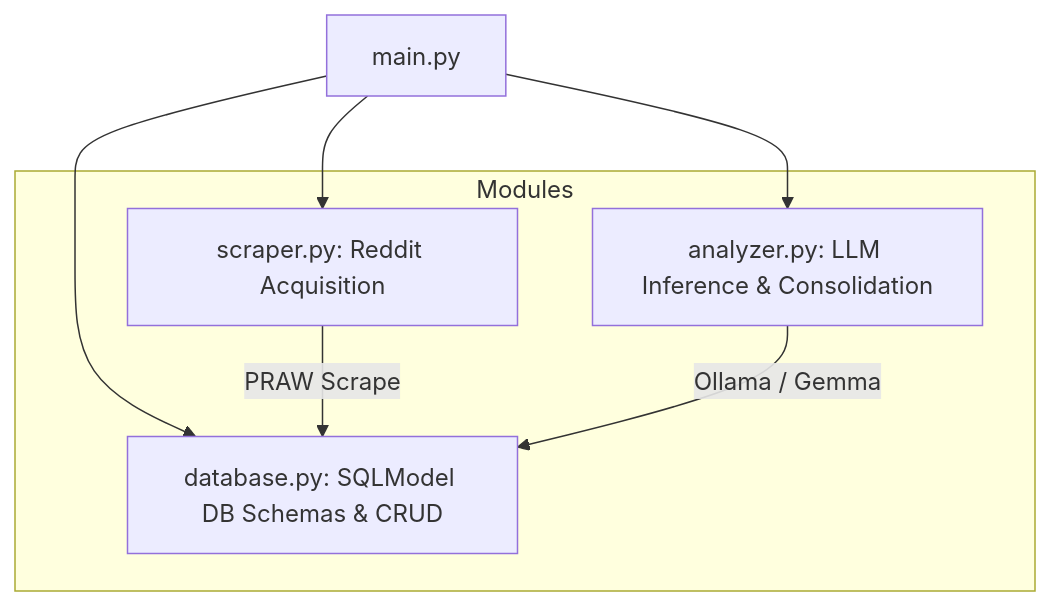
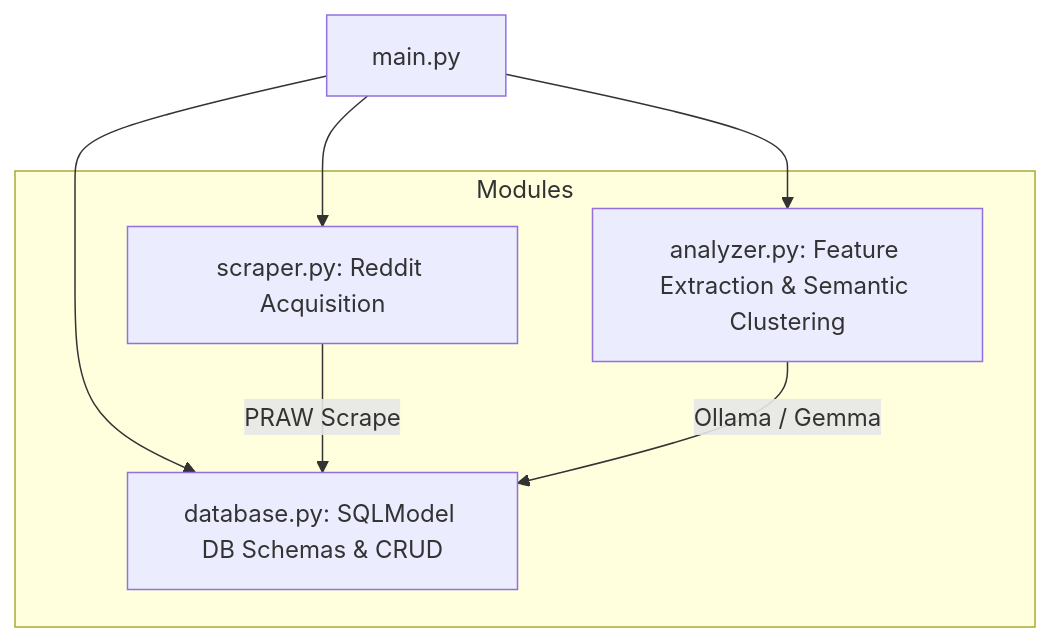
Before and after one commit to donngas/IFLS807-audience-reception-analysis: the first of 2 diagrams in README.md, drawn with Mermaid. The commit also changed other lines of this file, not shown here.

Commit message:
docs: update README with new database schema, clustering workflow, and uv usage

````diff
--- a/README.md
+++ b/README.md
@@ -16,15 +16,15 @@
 ```mermaid
 graph TD
 A[main.py] --> B[database.py]
 A --> C[scraper.py]
 A --> D[analyzer.py]
 
 C -->|PRAW Scrape| B[(SQLite DB)]
 D -->|Ollama / Gemma| B
 
 subgraph Modules
 C[scraper.py: Reddit Acquisition]
-D[analyzer.py: LLM Inference & Consolidation]
+D[analyzer.py: Feature Extraction & Semantic Clustering]
 B[database.py: SQLModel DB Schemas & CRUD]
 end
 ```
````
